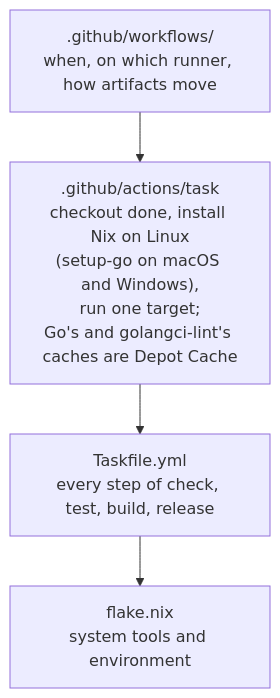
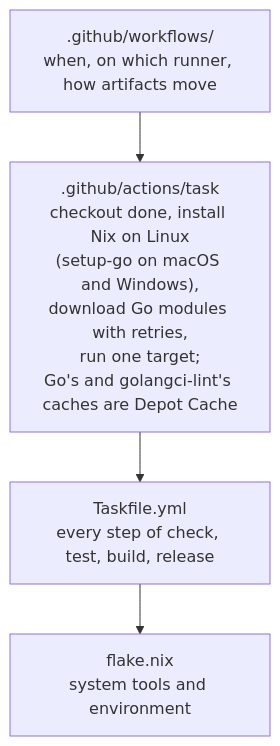
The third of 5 diagrams in DESIGN.md (discobox-ai/discobox), drawn with Mermaid before and after one commit. The commit also changed other lines of this file and 4 other files, not shown here.

First line of the commit message:
fix(ci): download modules with retries before every job's target

````diff
--- a/DESIGN.md
+++ b/DESIGN.md
@@ -269,9 +269,9 @@
 ```mermaid
 flowchart TD
     workflows[".github/workflows/<br/>when, on which runner, how artifacts move"]
-    action[".github/actions/task<br/>checkout done, install Nix on Linux<br/>(setup-go on macOS and Windows),<br/>run one target;<br/>Go's and golangci-lint's caches are Depot Cache"]
+    action[".github/actions/task<br/>checkout done, install Nix on Linux<br/>(setup-go on macOS and Windows),<br/>download Go modules with retries,<br/>run one target;<br/>Go's and golangci-lint's caches are Depot Cache"]
     taskfile["Taskfile.yml<br/>every step of check, test, build, release"]
     flake["flake.nix<br/>system tools and environment"]
 
     workflows --> action --> taskfile --> flake
 ```
````
